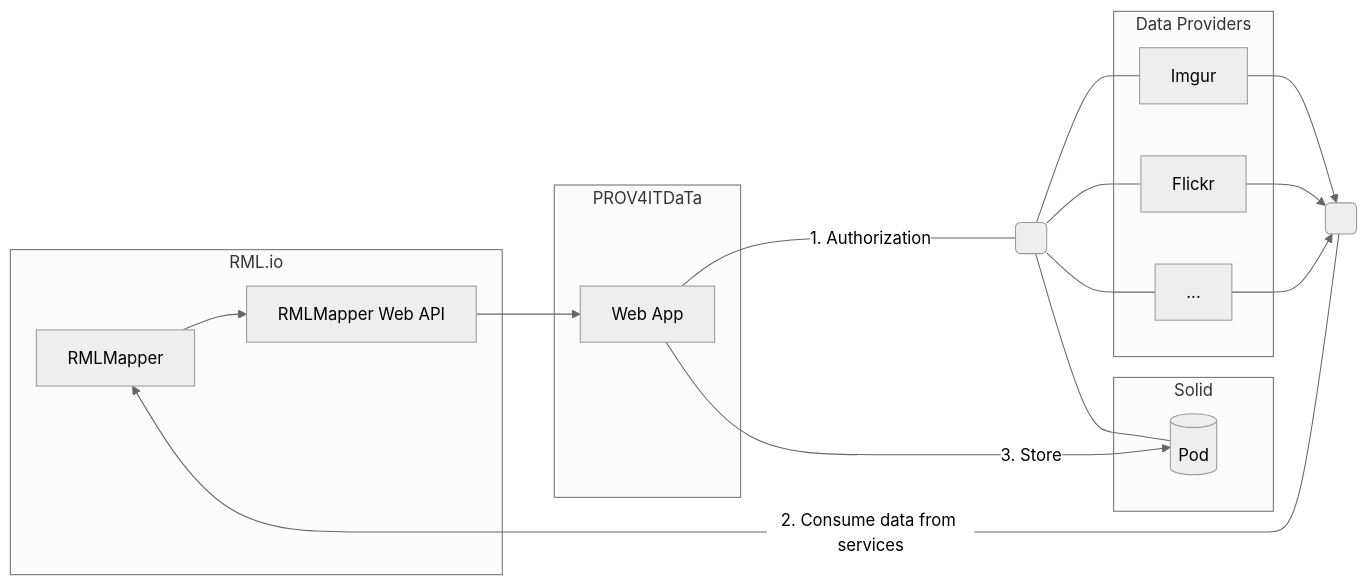
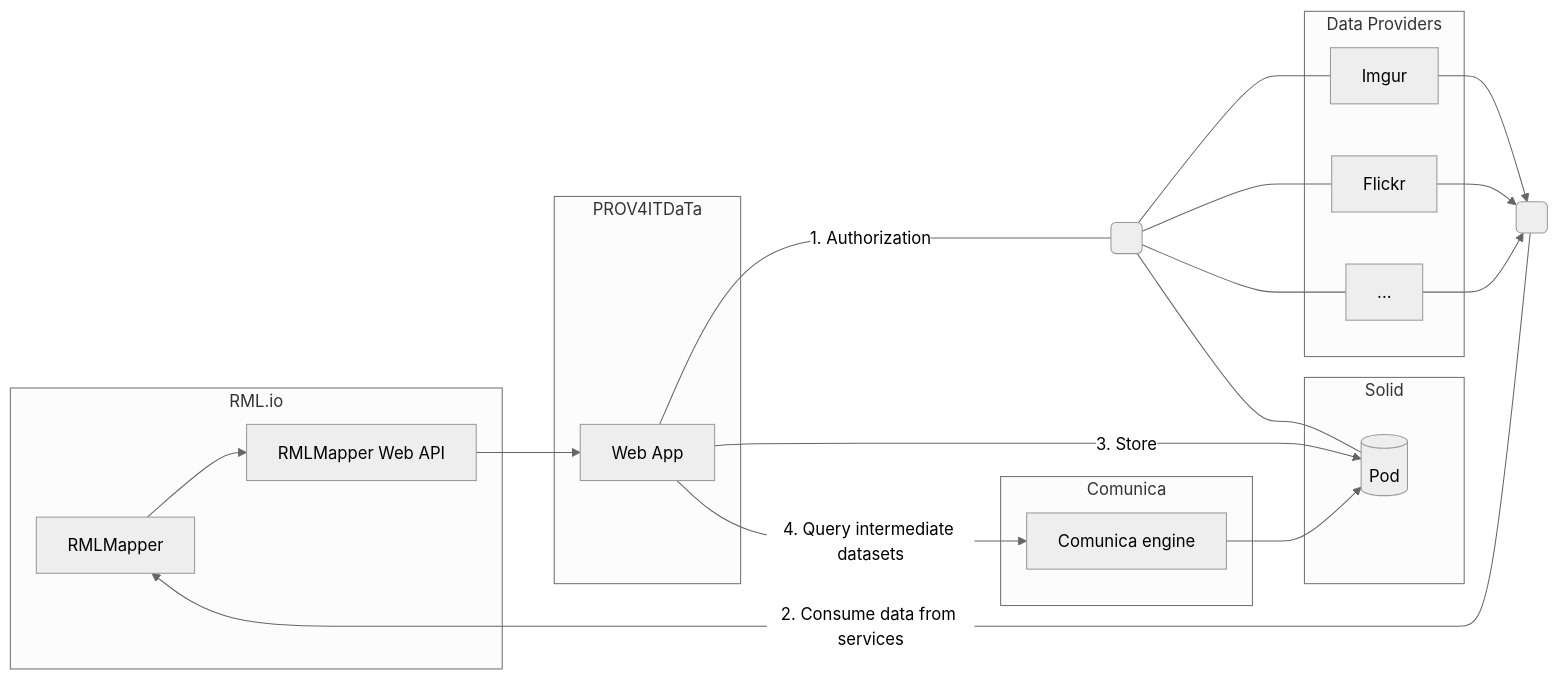
Before and after one commit to RMLio/prov4itdata-web-app: the diagram in docs/REPORT.md, drawn with Mermaid (neutral theme).

Commit message:
add comunica to mermaid architecture diagram

````diff
--- a/docs/REPORT.md
+++ b/docs/REPORT.md
@@ -111,46 +111,56 @@
 ```mermaid
 graph LR
   linkStyle default interpolate basis
 
 
     RM[RMLMapper]
     RMW[RMLMapper Web API]
     IMGUR[Imgur]
     FLICKR[Flickr]
     OTHER[...]
     SP[(Pod)]
     WA[Web App]
+    CE[Comunica engine]
+
 
     subgraph  sgServices [Data Providers]
       IMGUR
       FLICKR
       OTHER
     end
     subgraph sgRML [RML.io]
       RM
       RMW
     end
     subgraph sgSolid [Solid]
       SP
     end
 
     subgraph PROV4ITDaTa
       WA
     end
 
+    subgraph sgComunica [Comunica]
+        CE
+    end
+
     RM --> RMW
     RMW --> WA
   
     WA ---|1. Authorization| x( )
     x --- IMGUR
     x --- FLICKR
     x --- OTHER
     x --- SP
 
     y( ) -->|2. Consume data from services| RM;
     IMGUR --> y;
     FLICKR --> y;
     OTHER --> y;
 
     WA -->|3. Store| SP
+
+    %% interactions: Comunica
+    WA -->|4. Query intermediate datasets| CE
+    CE --> SP
 ```
````
